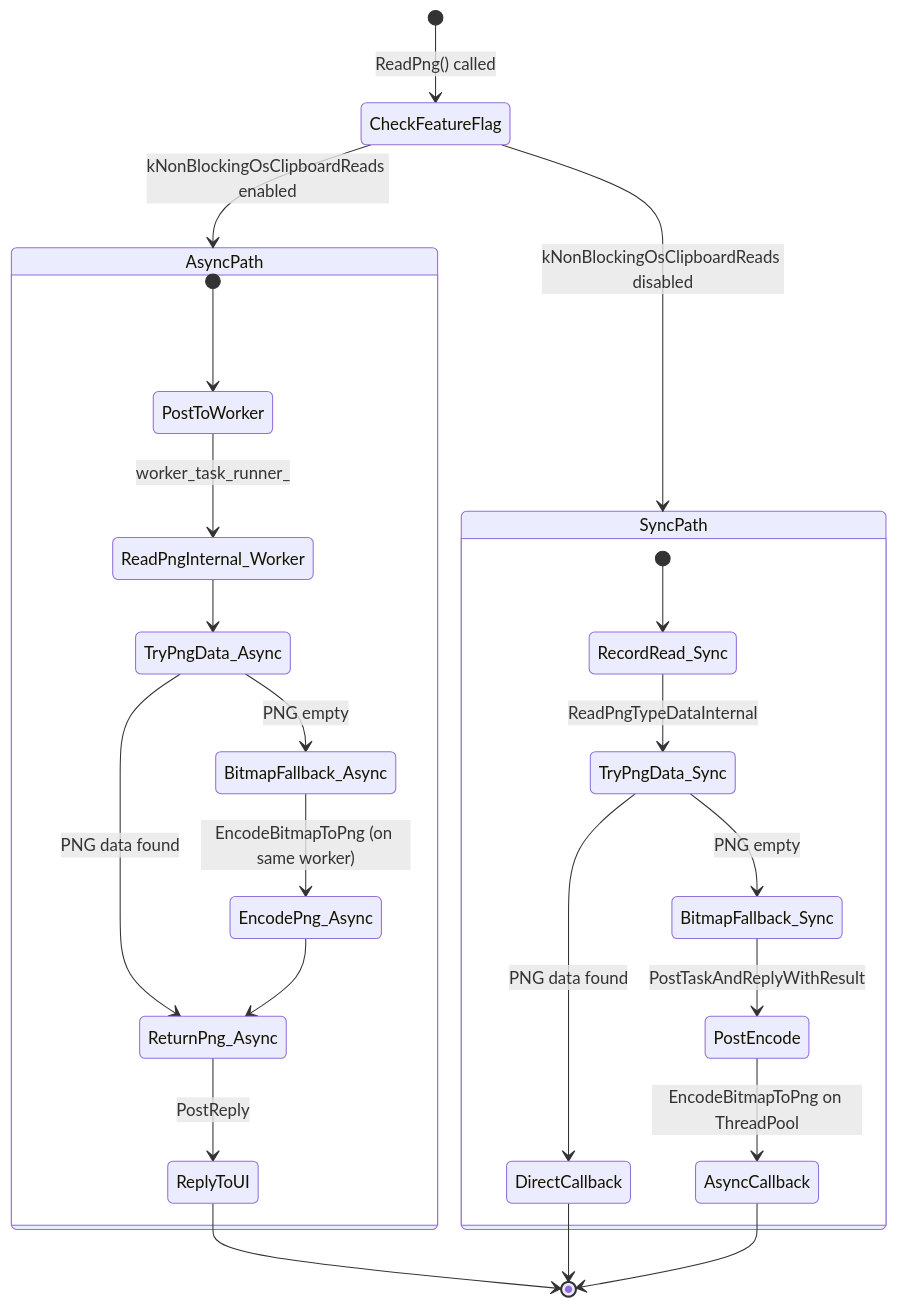
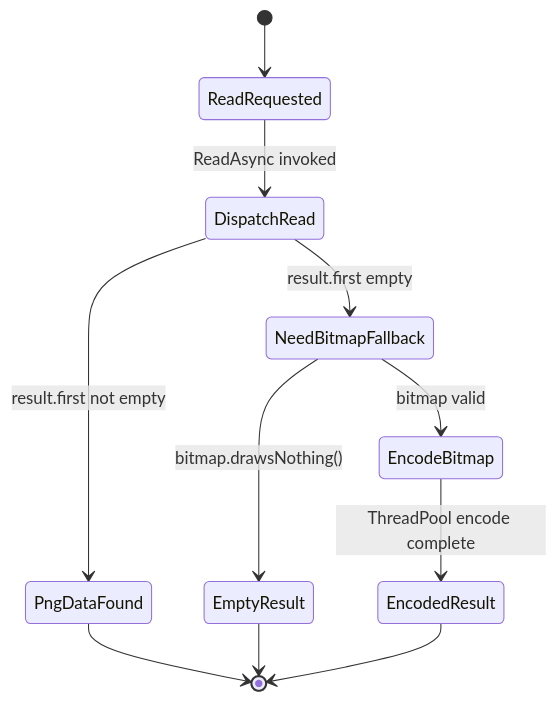
One commit to roraja/cr-llm-docs changed the tenth of 10 diagrams in fixes/cl-7578053-20260220/lld.md. Above: the diagram before and after it, drawn with Mermaid. The commit also changed other lines of this file, not shown here.

````diff
--- a/fixes/cl-7578053-20260220/lld.md
+++ b/fixes/cl-7578053-20260220/lld.md
@@ -155,31 +532,13 @@
 ```mermaid
 stateDiagram-v2
-    [*] --> CheckFeatureFlag : ReadPng() called
-
-    CheckFeatureFlag --> AsyncPath : kNonBlockingOsClipboardReads enabled
-    CheckFeatureFlag --> SyncPath : kNonBlockingOsClipboardReads disabled
-
-    state AsyncPath {
-        [*] --> PostToWorker
-        PostToWorker --> ReadPngInternal_Worker : worker_task_runner_
-        ReadPngInternal_Worker --> TryPngData_Async
-        TryPngData_Async --> ReturnPng_Async : PNG data found
-        TryPngData_Async --> BitmapFallback_Async : PNG empty
-        BitmapFallback_Async --> EncodePng_Async : EncodeBitmapToPng (on same worker)
-        EncodePng_Async --> ReturnPng_Async
-        ReturnPng_Async --> ReplyToUI : PostReply
-    }
-
-    state SyncPath {
-        [*] --> RecordRead_Sync
-        RecordRead_Sync --> TryPngData_Sync : ReadPngTypeDataInternal
-        TryPngData_Sync --> DirectCallback : PNG data found
-        TryPngData_Sync --> BitmapFallback_Sync : PNG empty
-        BitmapFallback_Sync --> PostEncode : PostTaskAndReplyWithResult
-        PostEncode --> AsyncCallback : EncodeBitmapToPng on ThreadPool
-    }
-
-    ReplyToUI --> [*]
-    DirectCallback --> [*]
-    AsyncCallback --> [*]
+    [*] --> ReadRequested
+    ReadRequested --> DispatchRead : ReadAsync invoked
+    DispatchRead --> PngDataFound : result.first not empty
+    DispatchRead --> NeedBitmapFallback : result.first empty
+    NeedBitmapFallback --> EmptyResult : bitmap.drawsNothing()
+    NeedBitmapFallback --> EncodeBitmap : bitmap valid
+    EncodeBitmap --> EncodedResult : ThreadPool encode complete
+    PngDataFound --> [*]
+    EmptyResult --> [*]
+    EncodedResult --> [*]
 ```
````
